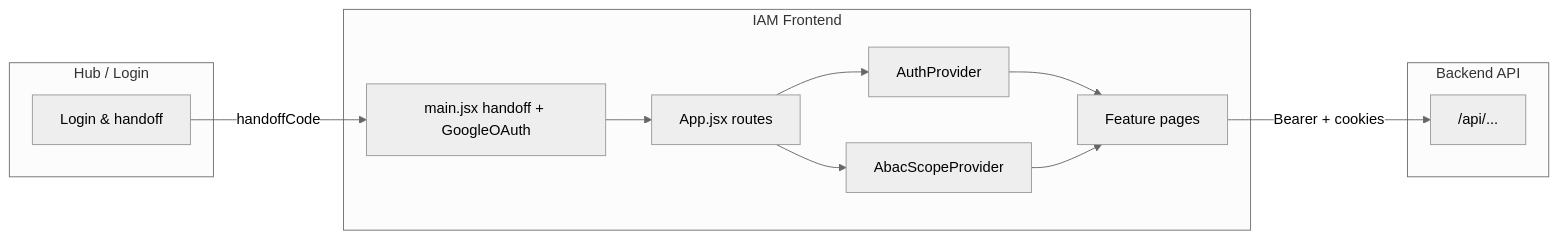
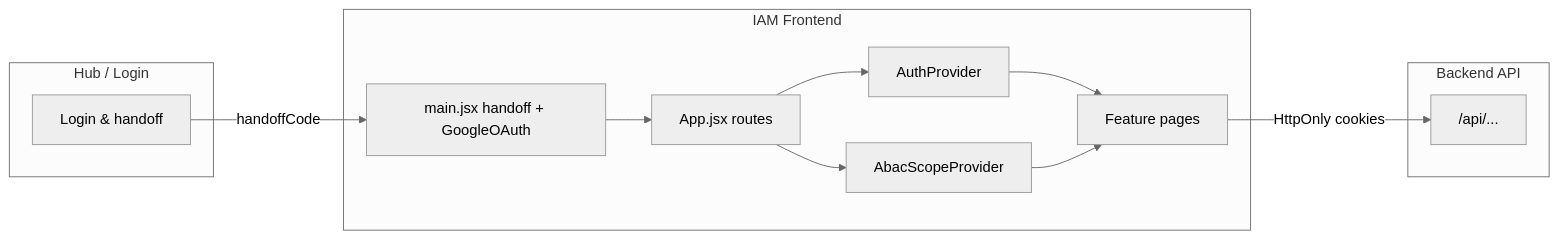
The diagram in README.md (AkashK-Dizzaroo/IAM-Frontend), drawn with Mermaid (neutral theme) before and after one commit. The commit also changed other lines of this file and 4 other files, not shown here.

````diff
--- a/README.md
+++ b/README.md
@@ -60,23 +61,23 @@
 ```mermaid
 flowchart LR
   subgraph hub [Hub / Login]
     Login[Login & handoff]
   end
   subgraph iam [IAM Frontend]
     Main[main.jsx handoff + GoogleOAuth]
     App[App.jsx routes]
     Auth[AuthProvider]
     Abac[AbacScopeProvider]
     Pages[Feature pages]
     Main --> App
     App --> Auth
     App --> Abac
     Auth --> Pages
     Abac --> Pages
   end
   subgraph api [Backend API]
     REST["/api/..."]
   end
   Login -->|"handoffCode"| Main
-  Pages -->|Bearer + cookies| REST
+  Pages -->|HttpOnly cookies| REST
 ```
````
